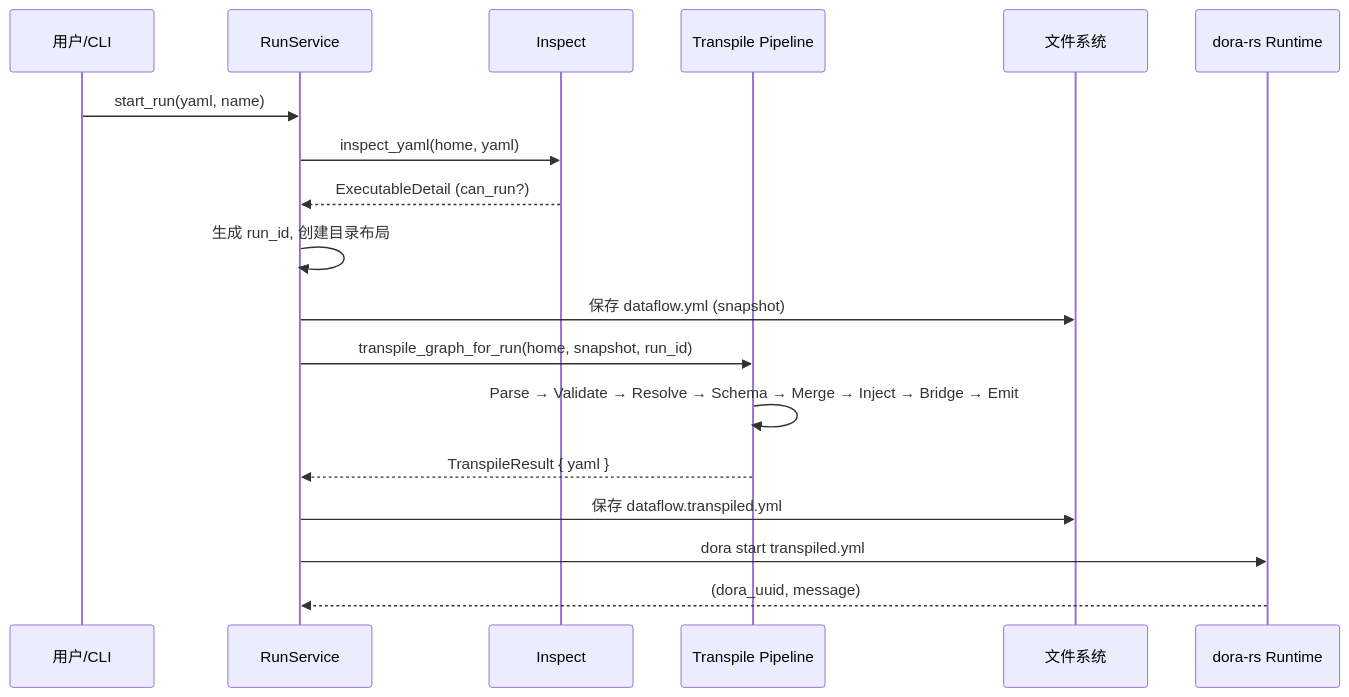
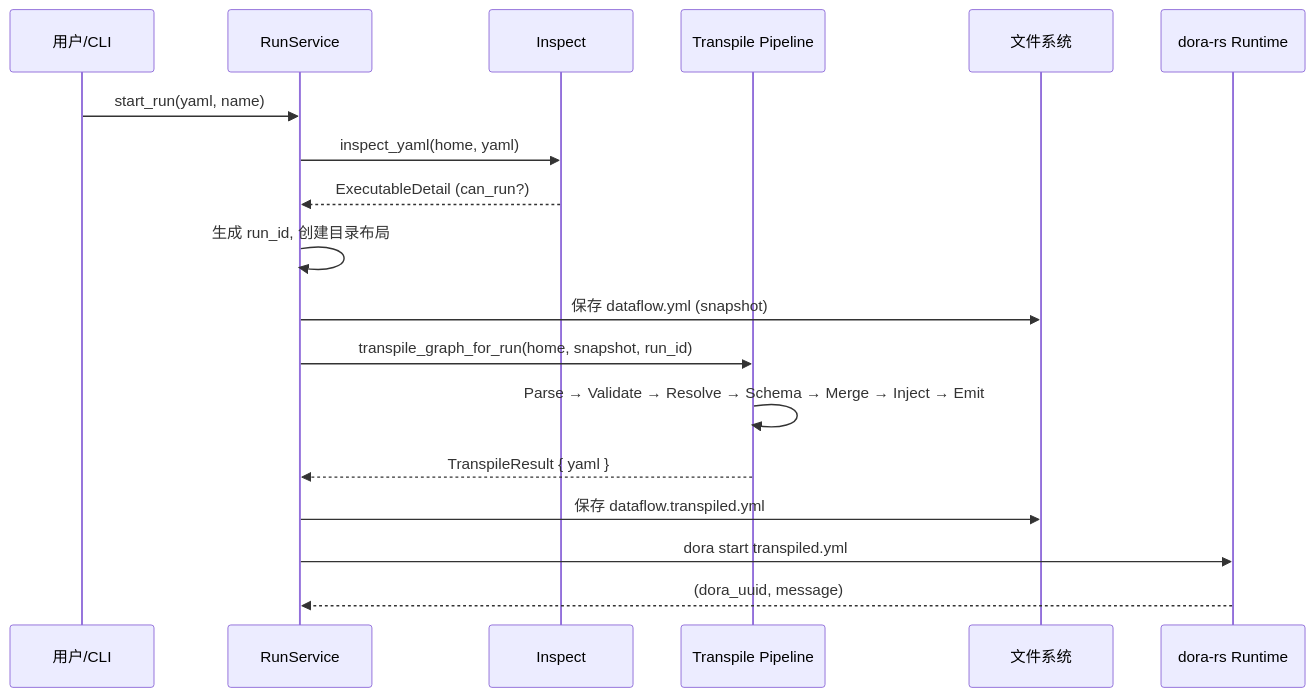
The third of 3 diagrams in wiki/zh/11-transpiler.md (l1veIn/dora-manager), drawn with Mermaid before and after one commit. The commit also changed other lines of this file and 29 other files, not shown here.

First line of the commit message:
docs: remove bridge references from wiki, update for SDK architecture

````diff
--- a/wiki/zh/11-transpiler.md
+++ b/wiki/zh/11-transpiler.md
@@ -346,21 +289,21 @@
 ```mermaid
 sequenceDiagram
     participant User as 用户/CLI
     participant Service as RunService
     participant Inspect as Inspect
     participant Transpile as Transpile Pipeline
     participant FS as 文件系统
     participant Dora as dora-rs Runtime
 
     User->>Service: start_run(yaml, name)
     Service->>Inspect: inspect_yaml(home, yaml)
     Inspect-->>Service: ExecutableDetail (can_run?)
     Service->>Service: 生成 run_id, 创建目录布局
     Service->>FS: 保存 dataflow.yml (snapshot)
     Service->>Transpile: transpile_graph_for_run(home, snapshot, run_id)
-    Transpile->>Transpile: Parse → Validate → Resolve → Schema → Merge → Inject → Bridge → Emit
+    Transpile->>Transpile: Parse → Validate → Resolve → Schema → Merge → Inject → Emit
     Transpile-->>Service: TranspileResult { yaml }
     Service->>FS: 保存 dataflow.transpiled.yml
     Service->>Dora: dora start transpiled.yml
     Dora-->>Service: (dora_uuid, message)
 ```
````
